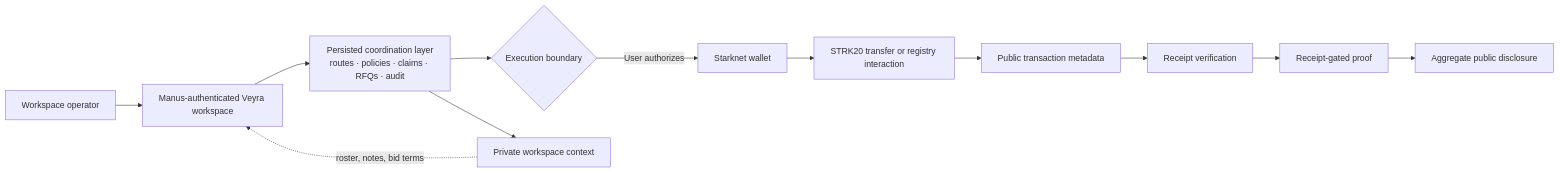
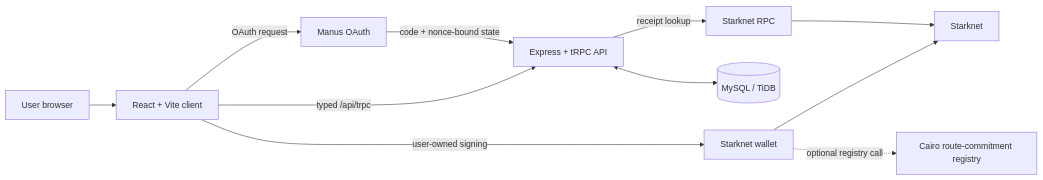
The first of 3 diagrams in README.md (sands786/veyra), drawn with Mermaid before and after one commit. The commit also changed other lines of this file and 3 other files, not shown here.

````diff
--- a/README.md
+++ b/README.md
@@ -75,14 +88,13 @@
 ```mermaid
 flowchart LR
-    A[Workspace operator] --> B[Manus-authenticated Veyra workspace]
-    B --> C[Persisted coordination layer<br/>routes · policies · claims · RFQs · audit]
-    C --> D{Execution boundary}
-    D -->|User authorizes| E[Starknet wallet]
-    E --> F[STRK20 transfer or registry interaction]
-    F --> G[Public transaction metadata]
-    G --> H[Receipt verification]
-    H --> I[Receipt-gated proof]
-    C --> J[Private workspace context]
-    J -. roster, notes, bid terms .-> B
-    I --> K[Aggregate public disclosure]
+  U[User browser] --> C[React + Vite client]
+  C -->|typed /api/trpc| A[Express + tRPC API]
+  C -->|user-owned signing| W[Starknet wallet]
+  C -->|OAuth request| O[Manus OAuth]
+  O -->|code + nonce-bound state| A
+  A <--> D[(MySQL / TiDB)]
+  A -->|receipt lookup| R[Starknet RPC]
+  W --> S[Starknet]
+  R --> S
+  W -. optional registry call .-> K[Cairo route-commitment registry]
 ```
````
